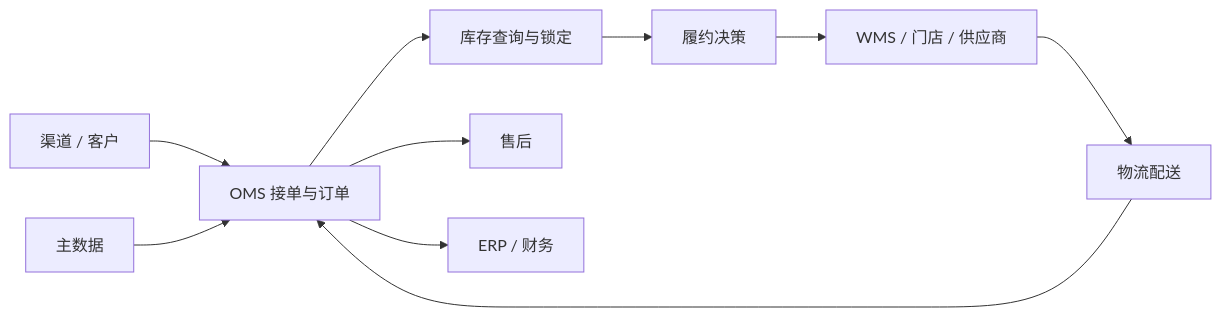
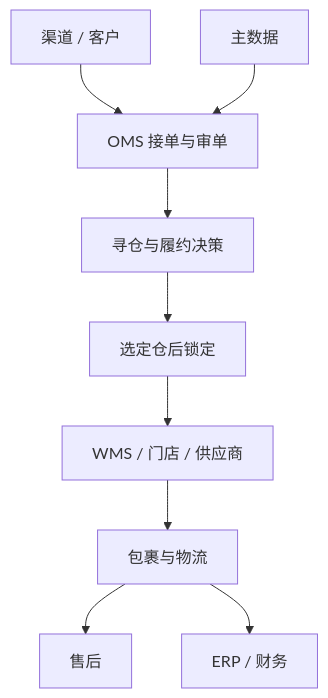
The diagram in src/business-system/supply-chain/oms/README.md (Asteroid-lin/my-blog), drawn with Mermaid before and after one commit. The commit also changed other lines of this file and 59 other files, not shown here.

````diff
--- a/src/business-system/supply-chain/oms/README.md
+++ b/src/business-system/supply-chain/oms/README.md
@@ -9,12 +9,11 @@
 ```mermaid
-flowchart LR
-  C[渠道 / 客户] --> O[OMS 接单与订单]
-  M[主数据] --> O
-  O --> I[库存查询与锁定]
-  I --> F[履约决策]
-  F --> W[WMS / 门店 / 供应商]
-  W --> T[物流配送]
-  T --> O
-  O --> A[售后]
-  O --> E[ERP / 财务]
+flowchart TB
+  C["渠道 / 客户"] --> O["OMS 接单与审单"]
+  M["主数据"] --> O
+  O --> F["寻仓与履约决策"]
+  F --> I["选定仓后锁定"]
+  I --> W["WMS / 门店 / 供应商"]
+  W --> T["包裹与物流"]
+  T --> A["售后"]
+  T --> E["ERP / 财务"]
 ```
````
